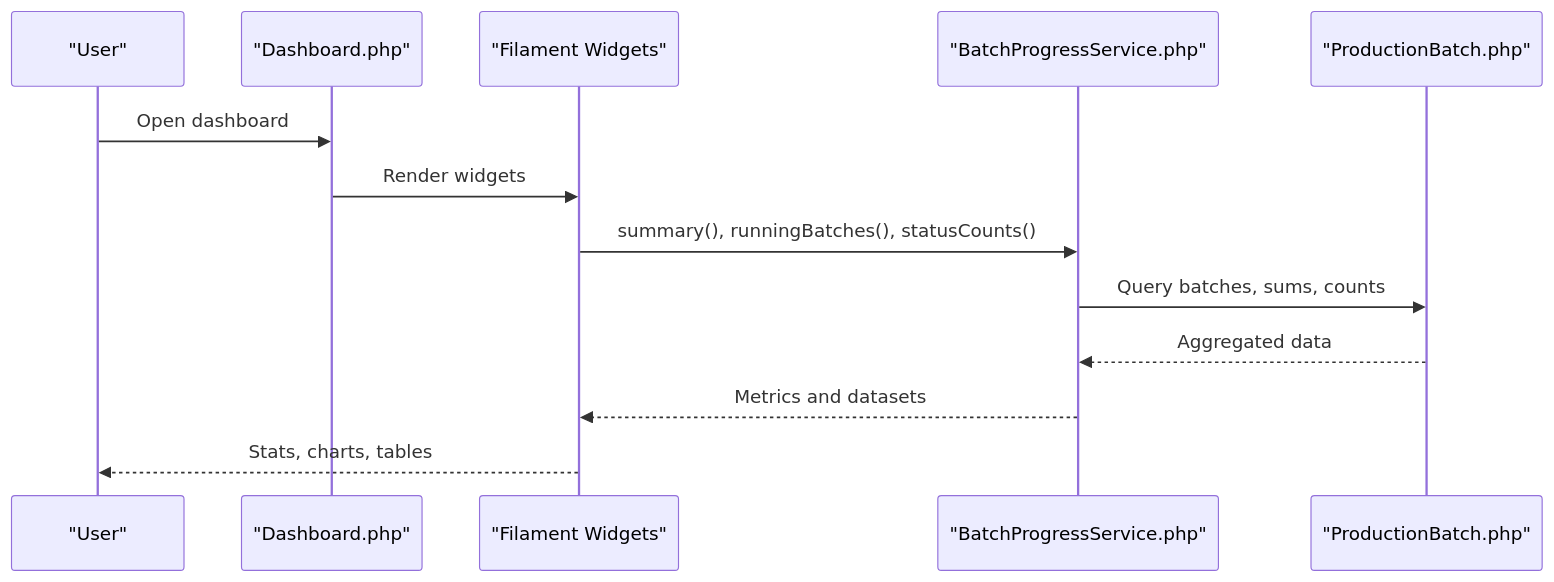
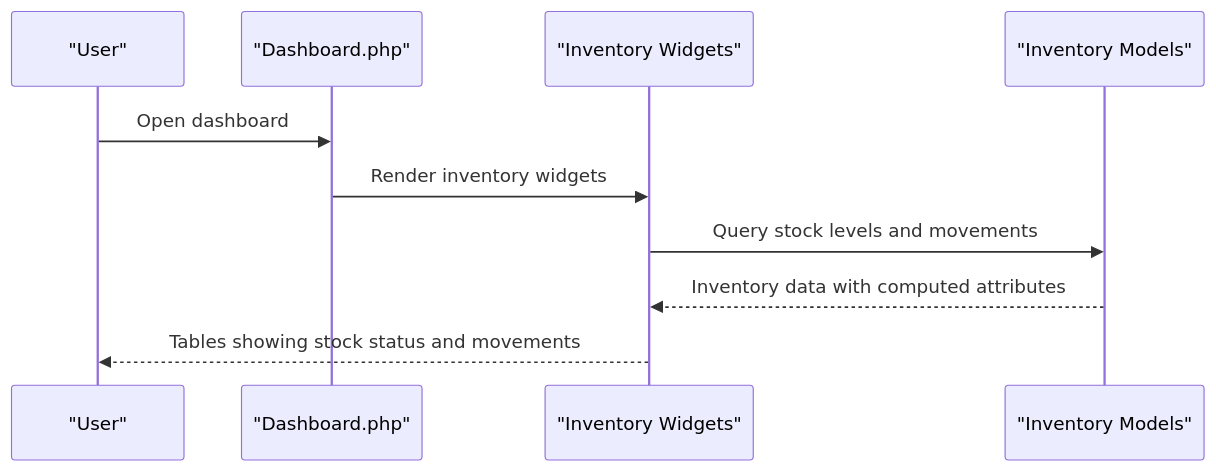
The second of 7 diagrams in .qoder/repowiki/en/content/Filament Admin Panel/Dashboard Widgets.md (Dikksap/laravel_RsvHelmet), drawn with Mermaid before and after one commit. The commit also changed other lines of this file and 13 other files, not shown here.

First line of the commit message:
refactor(dashboard): replace production widgets with inventory management widgets

````diff
--- a/.qoder/repowiki/en/content/Filament Admin Panel/Dashboard Widgets.md
+++ b/.qoder/repowiki/en/content/Filament Admin Panel/Dashboard Widgets.md
@@ -120,15 +110,12 @@
 ```mermaid
 sequenceDiagram
 participant User as "User"
 participant Page as "Dashboard.php"
-participant Widget as "Filament Widgets"
-participant Service as "BatchProgressService.php"
-participant Model as "ProductionBatch.php"
+participant Widget as "Inventory Widgets"
+participant Model as "Inventory Models"
 User->>Page : Open dashboard
-Page->>Widget : Render widgets
-Widget->>Service : summary(), runningBatches(), statusCounts()
-Service->>Model : Query batches, sums, counts
-Model-->>Service : Aggregated data
-Service-->>Widget : Metrics and datasets
-Widget-->>User : Stats, charts, tables
+Page->>Widget : Render inventory widgets
+Widget->>Model : Query stock levels and movements
+Model-->>Widget : Inventory data with computed attributes
+Widget-->>User : Tables showing stock status and movements
 ```
````
